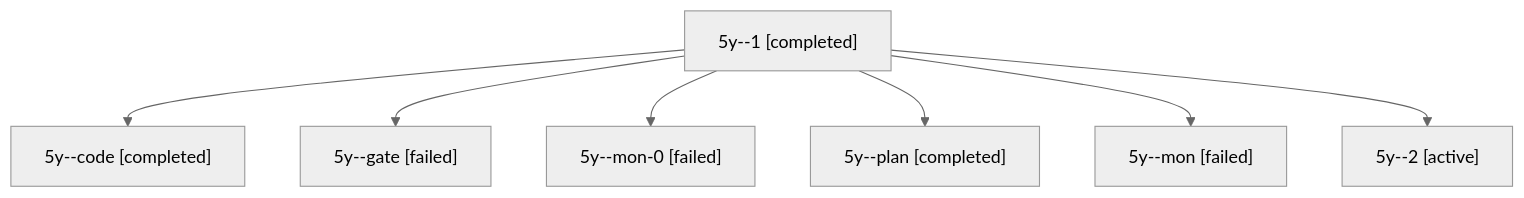
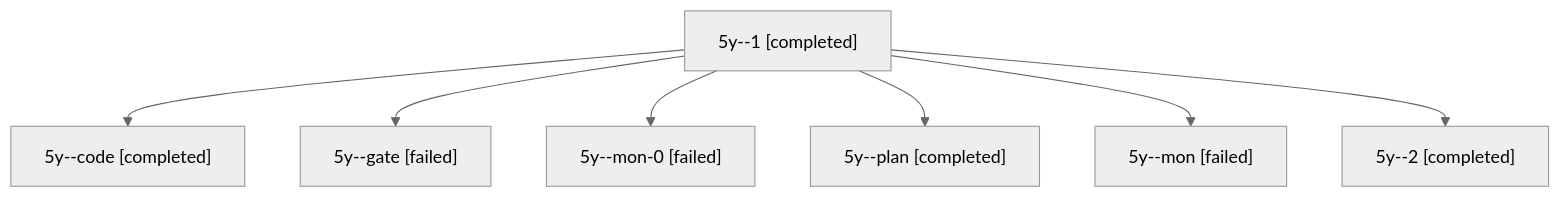
Before and after one commit to sase-org/sase--agents: the diagram in sessions/bbugyi200.apollo.5y.md, drawn with Mermaid (neutral theme). The commit also changed other lines of this file and 13 other files, not shown here.

````diff
--- a/sessions/bbugyi200.apollo.5y.md
+++ b/sessions/bbugyi200.apollo.5y.md
@@ -9,16 +9,16 @@
 ```mermaid
 flowchart TD
   n0["5y--1 [completed]"]
   n1["5y--code [completed]"]
   n0 --> n1
   n2["5y--gate [failed]"]
   n0 --> n2
   n3["5y--mon-0 [failed]"]
   n0 --> n3
   n4["5y--plan [completed]"]
   n0 --> n4
   n5["5y--mon [failed]"]
   n0 --> n5
-  n6["5y--2 [active]"]
+  n6["5y--2 [completed]"]
   n0 --> n6
 ```
````
